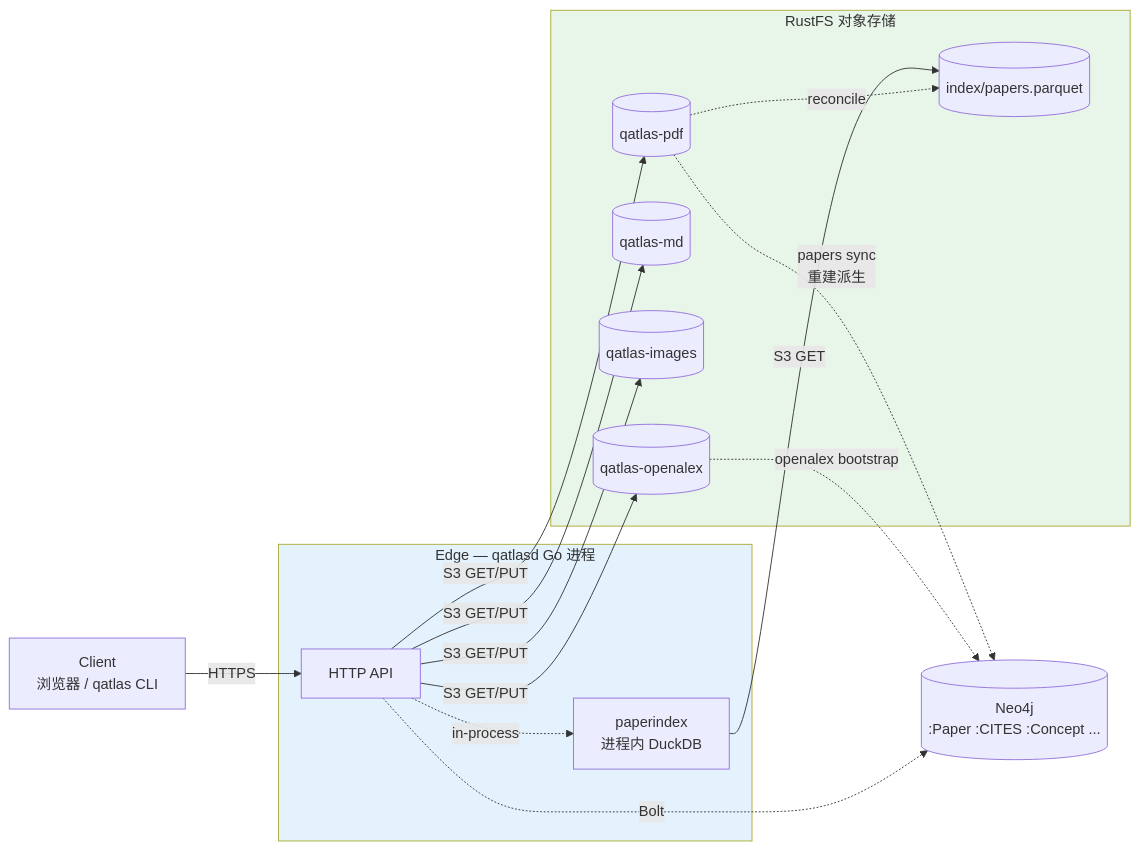
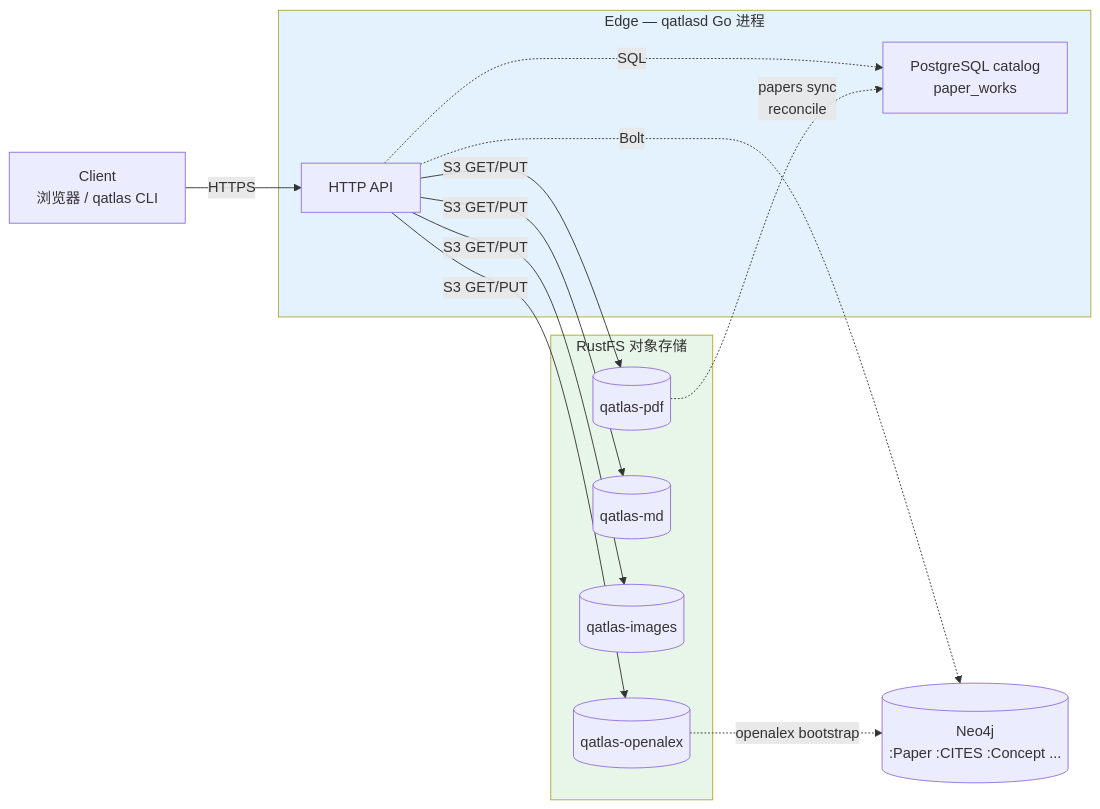
The diagram in docs/concepts/storage-architecture.md (IAI-USTC-Quantum/QuantumAtlas), drawn with Mermaid before and after one commit. The commit also changed other lines of this file and 31 other files, not shown here.

First line of the commit message:
refactor!: move paper catalog to PostgreSQL

````diff
--- a/docs/concepts/storage-architecture.md
+++ b/docs/concepts/storage-architecture.md
@@ -52,35 +52,32 @@
 ```mermaid
 flowchart LR
     USER[Client<br/>浏览器 / qatlas CLI]
 
     subgraph EDGE ["Edge — qatlasd Go 进程"]
         API[HTTP API]
-        DUCK[paperindex<br/>进程内 DuckDB]
-        API -.->|in-process| DUCK
+        PG[PostgreSQL catalog<br/>paper_works]
+        API -.->|SQL| PG
     end
 
     subgraph RUSTFS ["RustFS 对象存储"]
         PDF[(qatlas-pdf)]
         MD[(qatlas-md)]
         IMG[(qatlas-images)]
         OA[(qatlas-openalex)]
-        PARQ[(index/papers.parquet)]
     end
 
     NEO[(Neo4j<br/>:Paper :CITES :Concept ...)]
 
     USER -->|HTTPS| API
     API -->|S3 GET/PUT| PDF
     API -->|S3 GET/PUT| MD
     API -->|S3 GET/PUT| IMG
     API -->|S3 GET/PUT| OA
-    DUCK -->|S3 GET| PARQ
     API -.->|Bolt| NEO
 
-    PDF -.->|papers sync<br/>重建派生| NEO
     OA -.->|openalex bootstrap| NEO
-    PDF -.->|reconcile| PARQ
+    PDF -.->|papers sync<br/>reconcile| PG
 
     style RUSTFS fill:#e8f5e9
     style EDGE fill:#e3f2fd
 ```
````
